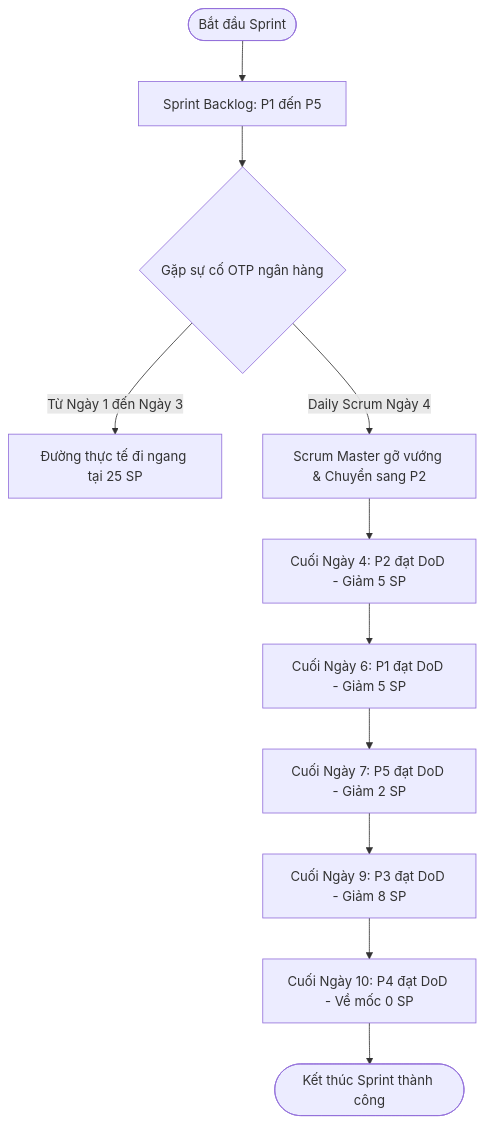
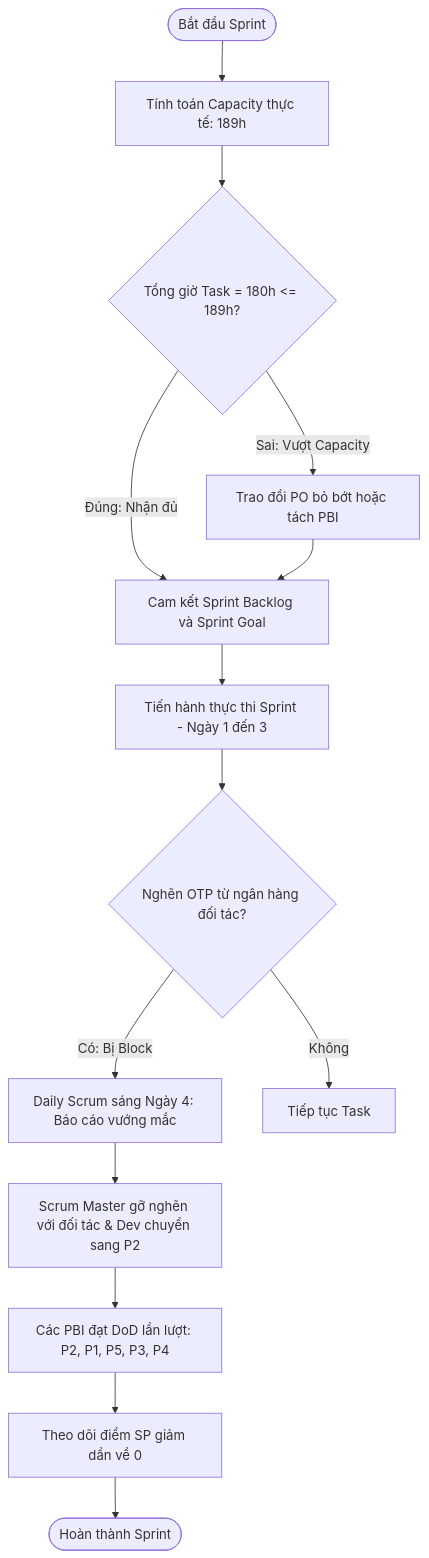
The diagram in README.md (IT206-K25-Agile-va-Scrum/btth2ss7), drawn with Mermaid before and after one commit. The commit also changed other lines of this file, not shown here.

Commit message:
update README with diagram, figma and report

````diff
--- a/README.md
+++ b/README.md
@@ -12,13 +12,16 @@
 ```mermaid
 graph TD
-  Start([Bắt đầu Sprint]) --> Plan[Sprint Backlog: P1 đến P5]
-  Plan --> Blocker{Gặp sự cố OTP ngân hàng}
-  Blocker -- Từ Ngày 1 đến Ngày 3 --> Wait[Đường thực tế đi ngang tại 25 SP]
-  Blocker -- Daily Scrum Ngày 4 --> Action[Scrum Master gỡ vướng & Chuyển sang P2]
-  Action --> P2Done[Cuối Ngày 4: P2 đạt DoD - Giảm 5 SP]
-  P2Done --> P1Done[Cuối Ngày 6: P1 đạt DoD - Giảm 5 SP]
-  P1Done --> P5Done[Cuối Ngày 7: P5 đạt DoD - Giảm 2 SP]
-  P5Done --> P3Done[Cuối Ngày 9: P3 đạt DoD - Giảm 8 SP]
-  P3Done --> P4Done[Cuối Ngày 10: P4 đạt DoD - Về mốc 0 SP]
-  P4Done --> End([Kết thúc Sprint thành công])
+  Start([Bắt đầu Sprint]) --> CalCap[Tính toán Capacity thực tế: 189h]
+  CalCap --> CheckBacklog{Tổng giờ Task = 180h <= 189h?}
+  CheckBacklog -- Đúng: Nhận đủ --> PlanSprint[Cam kết Sprint Backlog và Sprint Goal]
+  CheckBacklog -- Sai: Vượt Capacity --> Refine[Trao đổi PO bỏ bớt hoặc tách PBI]
+  Refine --> PlanSprint
+  PlanSprint --> Exec[Tiến hành thực thi Sprint - Ngày 1 đến 3]
+  Exec --> CheckBlock{Nghẽn OTP từ ngân hàng đối tác?}
+  CheckBlock -- Có: Bị Block --> DailyStandup[Daily Scrum sáng Ngày 4: Báo cáo vướng mắc]
+  DailyStandup --> SMAction[Scrum Master gỡ nghẽn với đối tác & Dev chuyển sang P2]
+  CheckBlock -- Không --> NormalFlow[Tiếp tục Task]
+  SMAction --> AchieveDoD[Các PBI đạt DoD lần lượt: P2, P1, P5, P3, P4]
+  AchieveDoD --> BurndownTrack[Theo dõi điểm SP giảm dần về 0]
+  BurndownTrack --> End([Hoàn thành Sprint])
 ```
````
